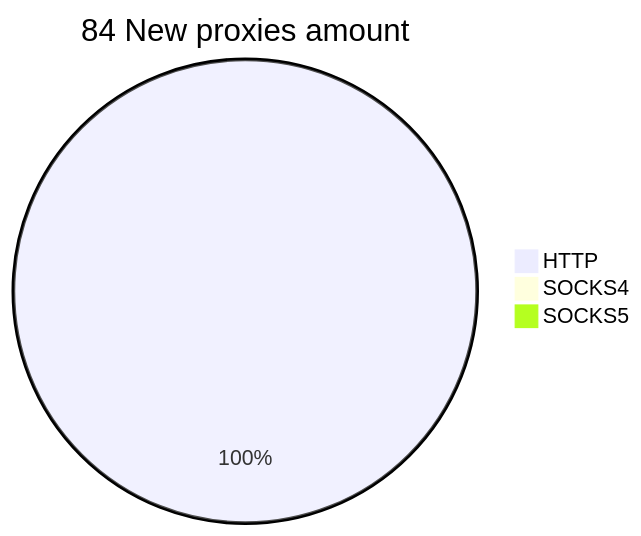
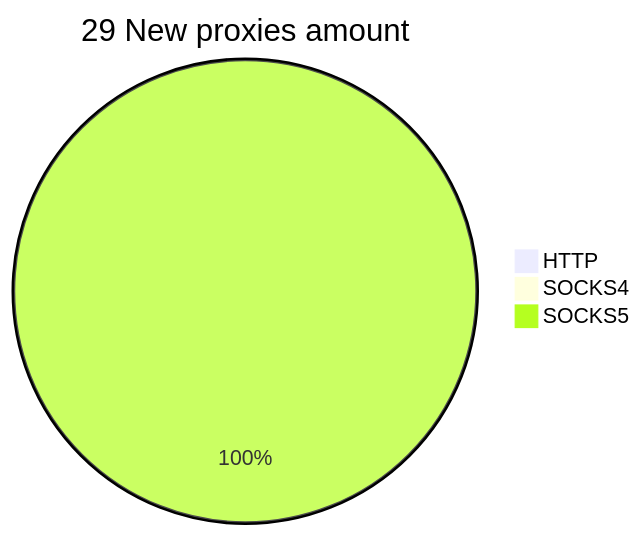
Before and after one commit to cutipu/proxylist: the second of 2 diagrams in README.md, drawn with Mermaid. The commit also changed other lines of this file, not shown here.

````diff
--- a/README.md
+++ b/README.md
@@ -10,6 +10,6 @@
 ```mermaid
-pie title 84 New proxies amount
-    "HTTP" : 91
+pie title 29 New proxies amount
+    "HTTP" : 0
     "SOCKS4" : 0
-    "SOCKS5" : 0
+    "SOCKS5" : 31
 ```
````
